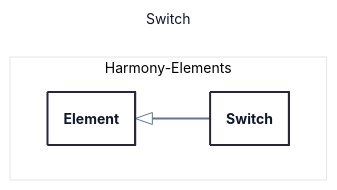
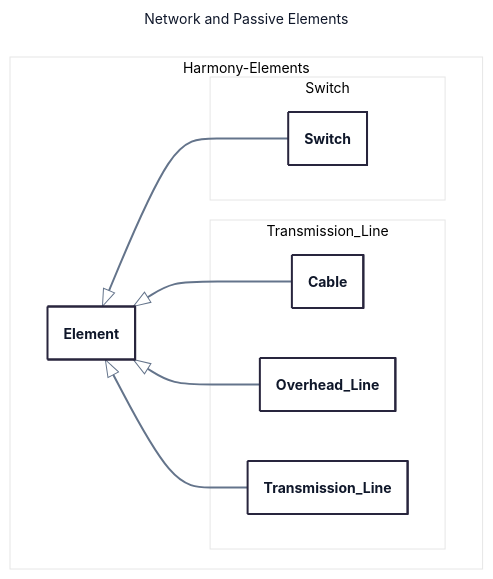
The first of 8 diagrams in class_diagram.md (yiquintero/tmp), drawn with Mermaid before and after one commit. The commit also changed other lines of this file, not shown here.

First line of the commit message:
Revise class diagram with new elements and summaries

````diff
--- a/class_diagram.md
+++ b/class_diagram.md
@@ -8,24 +12,34 @@
 ```mermaid
 ---
-title: Switch
+title: Network and Passive Elements
 config:
   theme: redux-color
   themeVariables:
     fontFamily: Segoe UI, -apple-system, BlinkMacSystemFont, sans-serif
     lineColor: "#64748B"
     primaryTextColor: "#0F172A"
   flowchart:
     wrappingWidth: 450
   class:
     hideEmptyMembersBox: true
     padding: 16
 ---
 classDiagram
   namespace Harmony-Elements {
     class Element {}
   }
-  namespace Harmony-Elements {
+  namespace Harmony-Elements.Switch {
     class Switch {}
   }
   Element <|-- Switch
+
+  namespace Harmony-Elements.Transmission_Line {
+    class Cable {}
+    class Overhead_Line {}
+    class Transmission_Line {}
+  }
+  Element <|-- Cable
+  Element <|-- Overhead_Line
+  Element <|-- Transmission_Line
+
 ```
````
